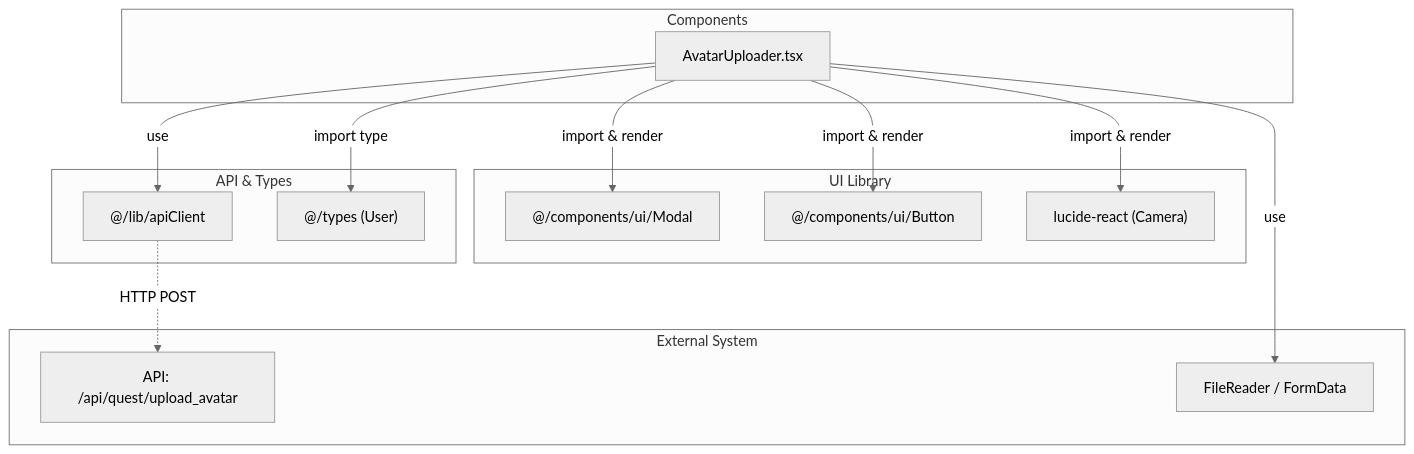
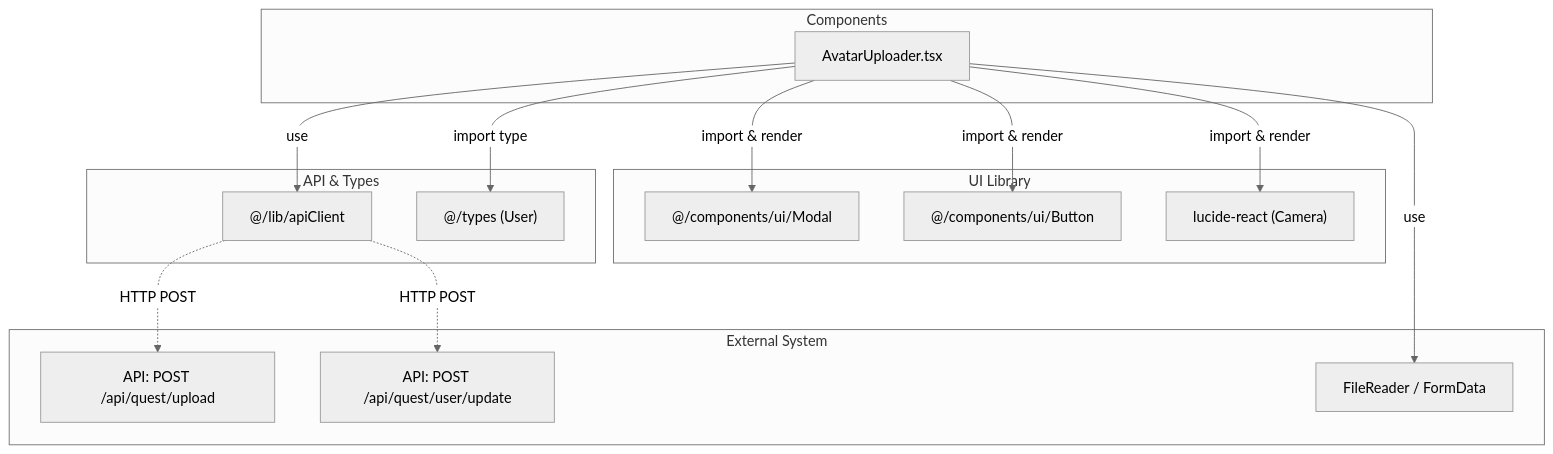
The second of 2 diagrams in docs/specifications/family-quest/src/components/ui/AvatarUploader.md (mmtigers/my_python_project), drawn with Mermaid (neutral theme) before and after one commit. The commit also changed other lines of this file and 65 other files, not shown here.

````diff
--- a/docs/specifications/family-quest/src/components/ui/AvatarUploader.md
+++ b/docs/specifications/family-quest/src/components/ui/AvatarUploader.md
@@ -215,31 +178,32 @@
 ```mermaid
 graph TD
     subgraph Components
         AvatarUploader["AvatarUploader.tsx"]
     end
-    
+
     subgraph UI Library
         Modal["@/components/ui/Modal"]
         Button["@/components/ui/Button"]
         Camera["lucide-react (Camera)"]
     end
-    
+
     subgraph API & Types
         apiClient["@/lib/apiClient"]
         UserType["@/types (User)"]
     end
-    
+
     subgraph External System
-        BackendAPI["API: /api/quest/upload_avatar"]
+        UploadAPI["API: POST /api/quest/upload"]
+        UpdateAPI["API: POST /api/quest/user/update"]
         BrowserAPI["FileReader / FormData"]
     end
-    
+
     AvatarUploader -->|"import & render"| Modal
     AvatarUploader -->|"import & render"| Button
     AvatarUploader -->|"import & render"| Camera
     AvatarUploader -->|"import type"| UserType
     AvatarUploader -->|"use"| apiClient
-    apiClient -.->|"HTTP POST"| BackendAPI
+    apiClient -.->|"HTTP POST"| UploadAPI
+    apiClient -.->|"HTTP POST"| UpdateAPI
     AvatarUploader -->|"use"| BrowserAPI
-
 ```
````
